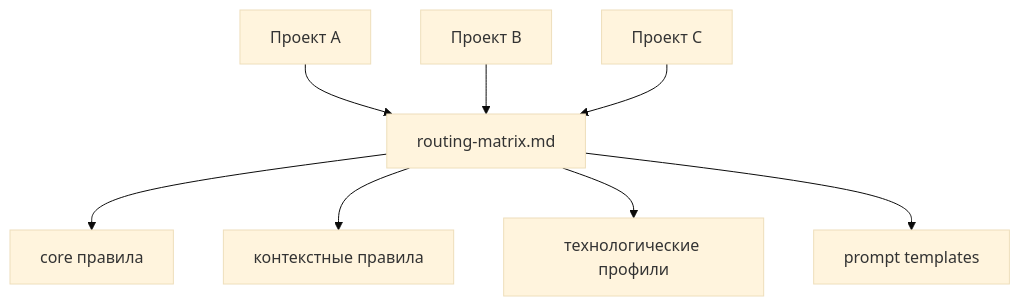
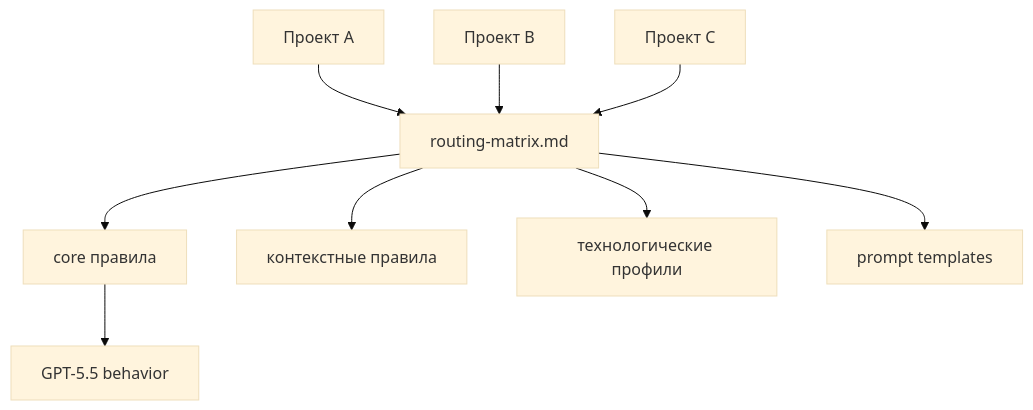
One commit to Kibnet/Agents.md changed the diagram in README.md. Above: the diagram before and after it, drawn with Mermaid (base theme). The commit also changed other lines of this file and 11 other files, not shown here.

First line of the commit message:
feat(instructions): add GPT-5.5 behavior baseline

````diff
--- a/README.md
+++ b/README.md
@@ -49,23 +49,25 @@
 ```mermaid
 flowchart TD
 
 RepoA[Проект A]
 RepoB[Проект B]
 RepoC[Проект C]
 
 Router[routing-matrix.md]
 
 Core[core правила]
+Model[GPT-5.5 behavior]
 Contexts[контекстные правила]
 Profiles[технологические профили]
 Prompts[prompt templates]
 
 RepoA --> Router
 RepoB --> Router
 RepoC --> Router
 
 Router --> Core
+Core --> Model
 Router --> Contexts
 Router --> Profiles
 Router --> Prompts
 ```
````
